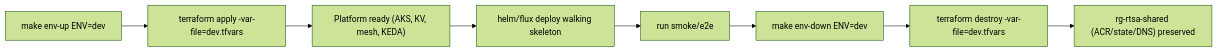
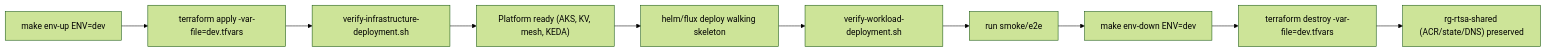
Before and after one commit to arvinddhasmana/rtsa_webgpu: the second of 2 diagrams in docs/deployment/azure/06-iac-terraform-and-lifecycle.md, drawn with Mermaid (forest theme). The commit also changed other lines of this file and 53 other files, not shown here.

````diff
--- a/docs/deployment/azure/06-iac-terraform-and-lifecycle.md
+++ b/docs/deployment/azure/06-iac-terraform-and-lifecycle.md
@@ -120,10 +126,12 @@
 ```mermaid
 flowchart LR
     UP["make env-up ENV=dev"] --> APPLY["terraform apply -var-file=dev.tfvars"]
-    APPLY --> PLAT["Platform ready (AKS, KV, mesh, KEDA)"]
+    APPLY --> VERIFY_INFRA["verify-infrastructure-deployment.sh"]
+    VERIFY_INFRA --> PLAT["Platform ready (AKS, KV, mesh, KEDA)"]
     PLAT --> WL["helm/flux deploy walking skeleton"]
-    WL --> TEST["run smoke/e2e"]
+    WL --> VERIFY_WORKLOAD["verify-workload-deployment.sh"]
+    VERIFY_WORKLOAD --> TEST["run smoke/e2e"]
     TEST --> DOWN["make env-down ENV=dev"]
     DOWN --> DESTROY["terraform destroy -var-file=dev.tfvars"]
     DESTROY --> KEEP["rg-rtsa-shared (ACR/state/DNS) preserved"]
 ```
````
